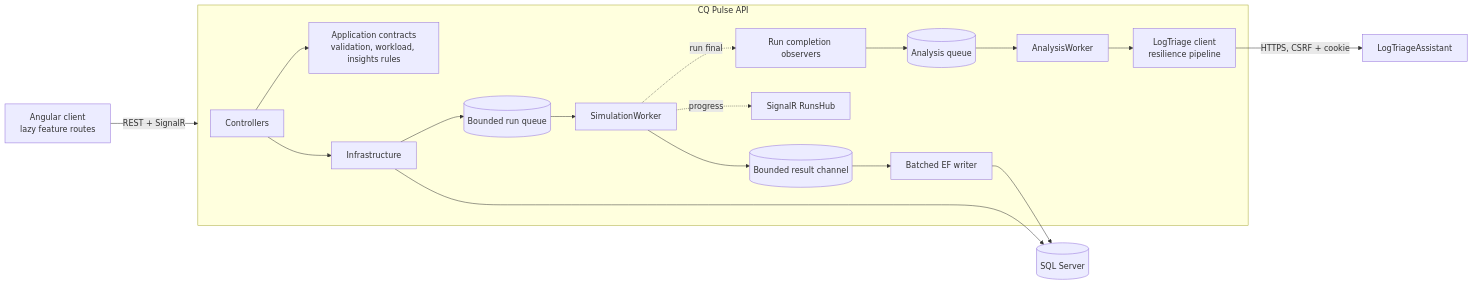
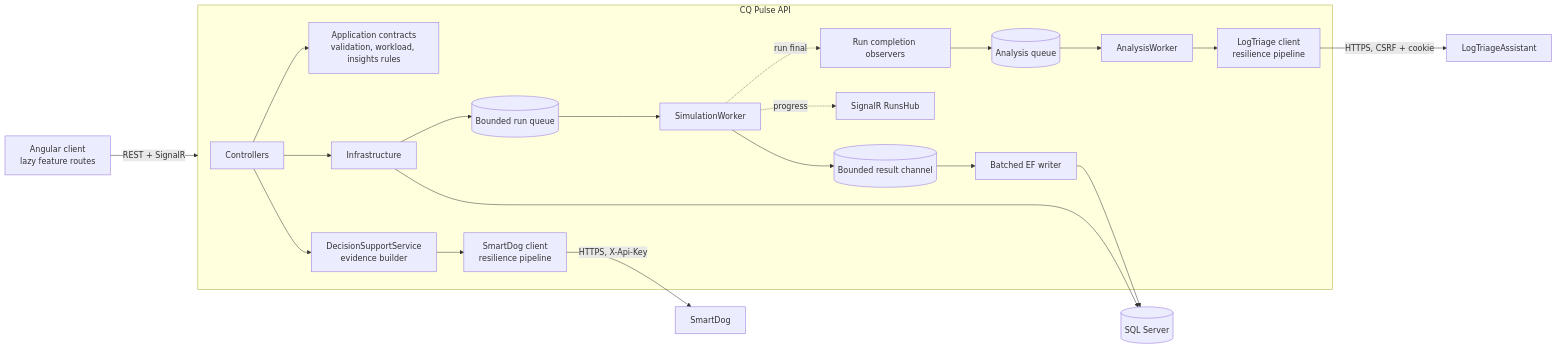
One commit to dipuks/cq-pulse changed the diagram in docs/architecture.md. Above: the diagram before and after it, drawn with Mermaid. The commit also changed other lines of this file and 16 other files, not shown here.

````diff
--- a/docs/architecture.md
+++ b/docs/architecture.md
@@ -5,16 +5,18 @@
 ```mermaid
 flowchart LR
     Browser[Angular client<br/>lazy feature routes] -- REST + SignalR --> API
     subgraph API[CQ Pulse API]
         Controllers --> App[Application contracts<br/>validation, workload, insights rules]
         Controllers --> Infra[Infrastructure]
         Infra --> Queue[(Bounded run queue)] --> Worker[SimulationWorker]
         Worker --> Channel[(Bounded result channel)] --> Writer[Batched EF writer]
         Worker -. progress .-> Hub[SignalR RunsHub]
         Worker -. run final .-> Observer[Run completion observers]
         Observer --> AQueue[(Analysis queue)] --> AWorker[AnalysisWorker] --> LTAClient[LogTriage client<br/>resilience pipeline]
+        Controllers --> Decisions[DecisionSupportService<br/>evidence builder] --> SDClient[SmartDog client<br/>resilience pipeline]
     end
     Writer --> SQL[(SQL Server)]
     Infra --> SQL
     LTAClient -- HTTPS, CSRF + cookie --> LTA[LogTriageAssistant]
+    SDClient -- HTTPS, X-Api-Key --> SD[SmartDog]
 ```
````
